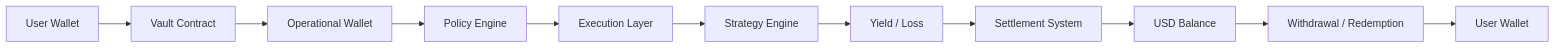
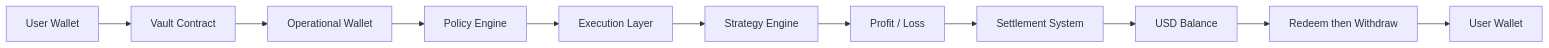
One commit to FOPEN2010/docs changed the diagram in product/fund-flow.mdx. Above: the diagram before and after it, drawn with Mermaid. The commit also changed other lines of this file and 11 other files, not shown here.

````diff
--- a/product/fund-flow.mdx
+++ b/product/fund-flow.mdx
@@ -19,13 +19,13 @@
 ```mermaid
 flowchart LR
     A[User Wallet] --> B[Vault Contract]
     B --> C[Operational Wallet]
     C --> D[Policy Engine]
     D --> E[Execution Layer]
     E --> F[Strategy Engine]
-    F --> G[Yield / Loss]
+    F --> G[Profit / Loss]
     G --> H[Settlement System]
     H --> I[USD Balance]
-    I --> J[Withdrawal / Redemption]
+    I --> J[Redeem then Withdraw]
     J --> K[User Wallet]
 ```
````
